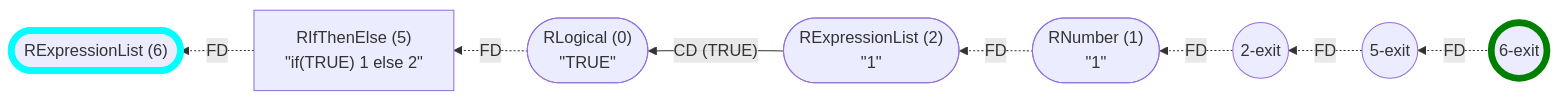
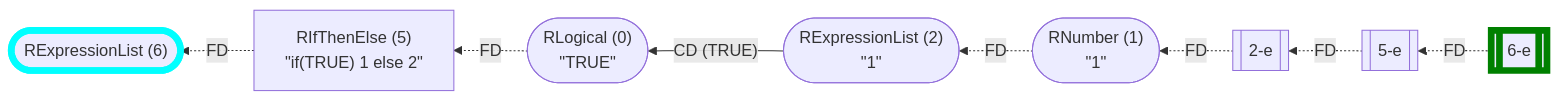
One commit to flowr-analysis/flowr changed the fifth of 21 diagrams in wiki/Query API.md. Above: the diagram before and after it, drawn with Mermaid. The commit also changed other lines of this file and 9 other files, not shown here.

````diff
--- a/wiki/Query API.md
+++ b/wiki/Query API.md
@@ -1944,23 +2456,23 @@
 ```mermaid
 flowchart RL
     n6(["`RExpressionList (6)`"])
     n5["`RIfThenElse (5)
 #34;if(TRUE) 1 else 2#34;`"]
-    n5-exit((5-exit))
+    n5-e[[5-e]]
     n0(["`RLogical (0)
 #34;TRUE#34;`"])
     n2(["`RExpressionList (2)
 #34;1#34;`"])
     n1(["`RNumber (1)
 #34;1#34;`"])
-    n2-exit((2-exit))
-    n6-exit((6-exit))
+    n2-e[[2-e]]
+    n6-e[[6-e]]
     n5 -.->|"FD"| n6
     n1 -.->|"FD"| n2
-    n2-exit -.->|"FD"| n1
+    n2-e -.->|"FD"| n1
     n2 -->|"CD (TRUE)"| n0
     n0 -.->|"FD"| n5
-    n5-exit -.->|"FD"| n2-exit
-    n6-exit -.->|"FD"| n5-exit
-    style n6 stroke:cyan,stroke-width:6.5px;    style n6-exit stroke:green,stroke-width:6.5px;
+    n5-e -.->|"FD"| n2-e
+    n6-e -.->|"FD"| n5-e
+    style n6 stroke:cyan,stroke-width:6.5px;    style n6-e stroke:green,stroke-width:6.5px;
 ```
````
